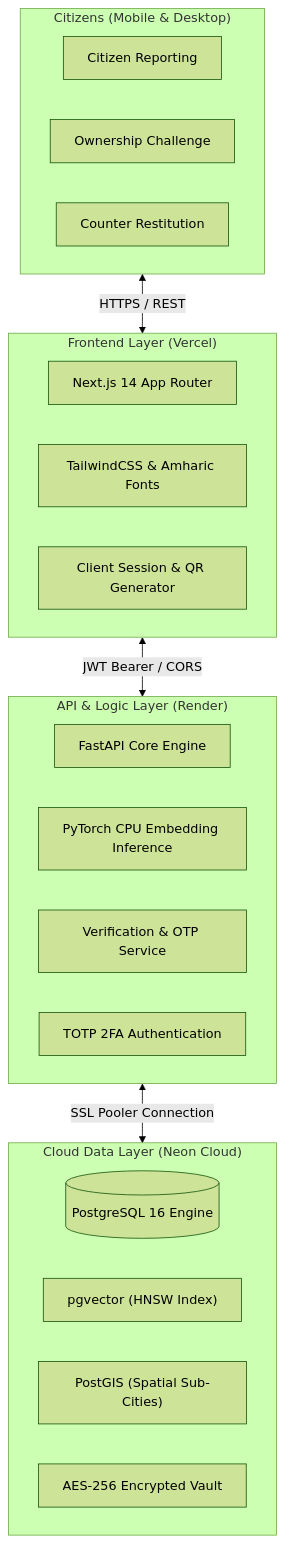
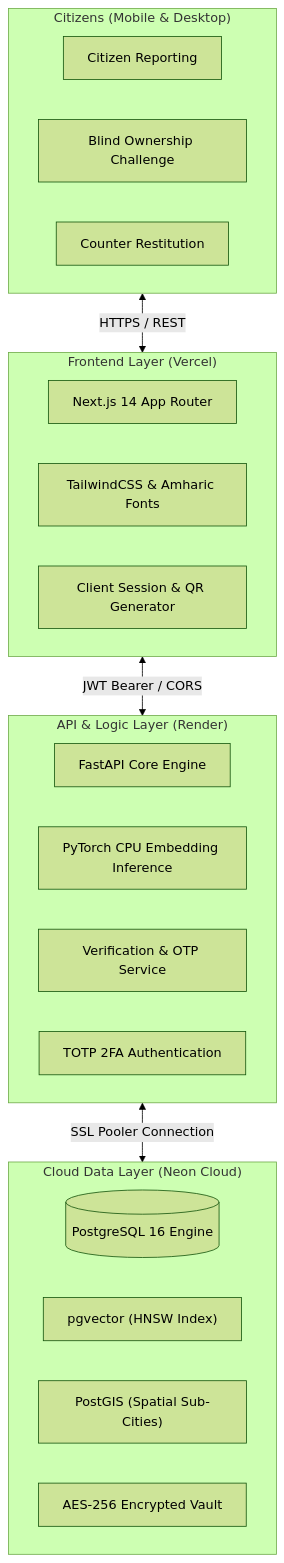
The diagram in README.md (binibiniyam2127-cell/liyuid), drawn with Mermaid (forest theme) before and after one commit. The commit also changed other lines of this file, not shown here.

Commit message:
docs(readme): document blind-sided ownership verification, add CI badges, and update repository structure

````diff
--- a/README.md
+++ b/README.md
@@ -62,32 +62,32 @@
 ```mermaid
 flowchart TD
     subgraph Citizens["Citizens (Mobile & Desktop)"]
         A1["Citizen Reporting"]
-        A2["Ownership Challenge"]
+        A2["Blind Ownership Challenge"]
         A3["Counter Restitution"]
     end
 
     subgraph Frontend["Frontend Layer (Vercel)"]
         F1["Next.js 14 App Router"]
         F2["TailwindCSS & Amharic Fonts"]
         F3["Client Session & QR Generator"]
     end
 
     subgraph Backend["API & Logic Layer (Render)"]
         B1["FastAPI Core Engine"]
         B2["PyTorch CPU Embedding Inference"]
         B3["Verification & OTP Service"]
         B4["TOTP 2FA Authentication"]
     end
 
     subgraph Data["Cloud Data Layer (Neon Cloud)"]
         D1[("PostgreSQL 16 Engine")]
         D2["pgvector (HNSW Index)"]
         D3["PostGIS (Spatial Sub-Cities)"]
         D4["AES-256 Encrypted Vault"]
     end
 
     Citizens <-->|HTTPS / REST| Frontend
     Frontend <-->|JWT Bearer / CORS| Backend
     Backend <-->|SSL Pooler Connection| Data
 ```
````
